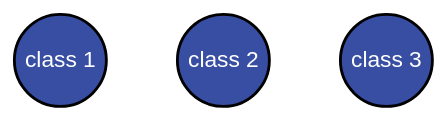
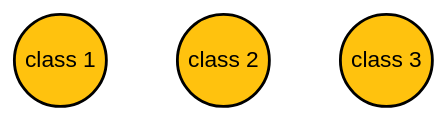
One commit to agrogan1/closeread changed the first of 2 diagrams in patterns/patterns.qmd. Above: the diagram before and after it, drawn with Mermaid. The commit also changed other lines of this file and 13 other files, not shown here.

````diff
--- a/patterns/patterns.qmd
+++ b/patterns/patterns.qmd
@@ -146,22 +180,22 @@
 ```{mermaid}
 
 flowchart TB
 
   classDef yellow fill:#FFC20E,stroke:#000000,stroke-width:2px,color:#000000;
   
   classDef blue fill:#374EA2,stroke:#000000,stroke-width:2px,color:#FFFFFF;
   
   classDef green fill:#00833D,stroke:#000000,stroke-width:2px,color:#FFFFFF;
   
   classDef orange fill:#D86018,stroke:#000000,stroke-width:2px,color:#FFFFFF;
   
   classDef red fill:#9A3324,stroke:#000000,stroke-width:2px,color:#FFFFFF;
   
-  class1((class 1)):::blue
+  class1((class 1)):::yellow
   
-  class2((class 2)):::blue
+  class2((class 2)):::yellow
   
-  class3((class 3)):::blue
+  class3((class 3)):::yellow
 
 
 ```
````
